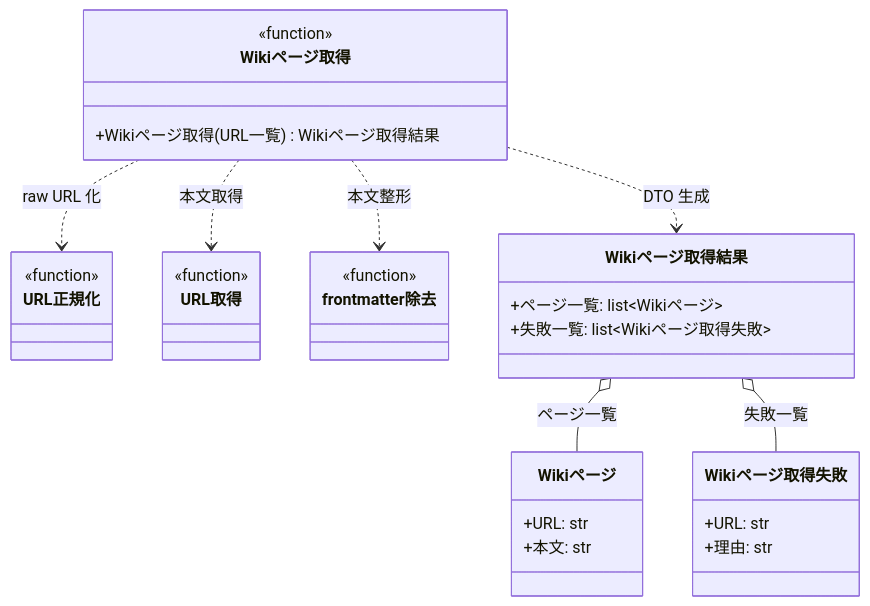
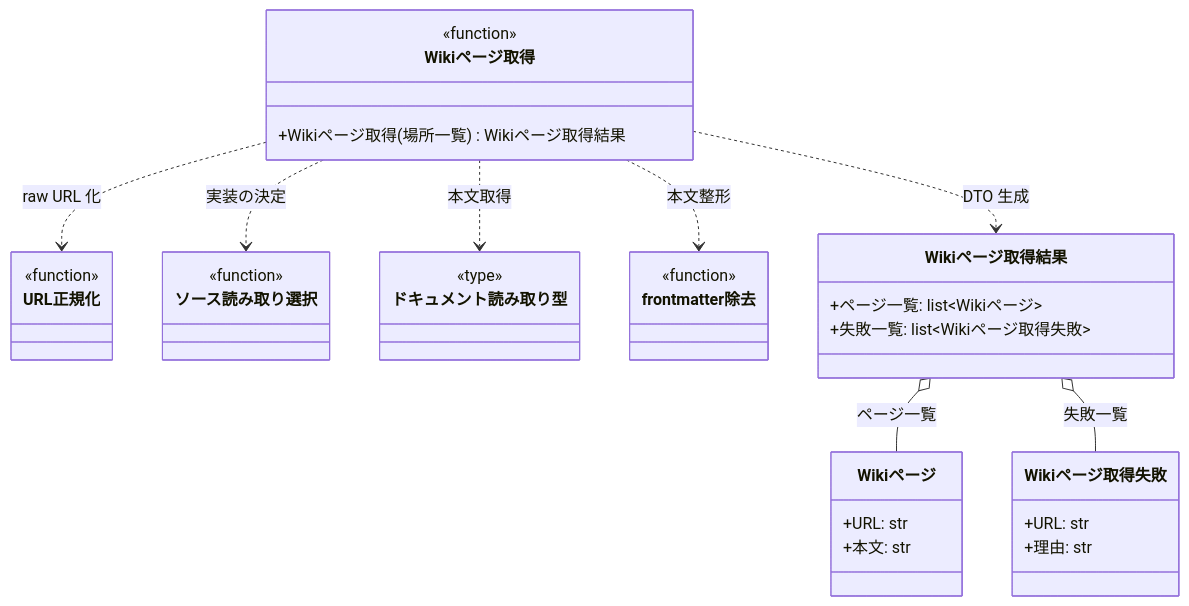
One commit to shuhei1101/ai-monitor changed the diagram in docs/wiki/設計図/モジュール構成/MCP/Wiki参照.py.md. Above: the diagram before and after it, drawn with Mermaid. The commit also changed other lines of this file and 18 other files, not shown here.

````diff
--- a/docs/wiki/設計図/モジュール構成/MCP/Wiki参照.py.md
+++ b/docs/wiki/設計図/モジュール構成/MCP/Wiki参照.py.md
@@ -34,43 +35,48 @@
 ```mermaid
 classDiagram
   Wikiページ取得 ..> URL正規化 : raw URL 化
-  Wikiページ取得 ..> URL取得 : 本文取得
+  Wikiページ取得 ..> ソース読み取り選択 : 実装の決定
+  Wikiページ取得 ..> ドキュメント読み取り型 : 本文取得
   Wikiページ取得 ..> frontmatter除去 : 本文整形
   Wikiページ取得 ..> Wikiページ取得結果 : DTO 生成
   Wikiページ取得結果 o-- Wikiページ : ページ一覧
   Wikiページ取得結果 o-- Wikiページ取得失敗 : 失敗一覧
 
   class Wikiページ取得 {
     <<function>>
-    +Wikiページ取得(URL一覧) Wikiページ取得結果
+    +Wikiページ取得(場所一覧) Wikiページ取得結果
   }
   class URL正規化 {
     <<function>>
   }
   class frontmatter除去 {
     <<function>>
   }
-  class URL取得 {
+  class ソース読み取り選択 {
     <<function>>
+  }
+  class ドキュメント読み取り型 {
+    <<type>>
   }
   class Wikiページ取得結果 {
     +ページ一覧: list~Wikiページ~
     +失敗一覧: list~Wikiページ取得失敗~
   }
   class Wikiページ {
     +URL: str
     +本文: str
   }
   class Wikiページ取得失敗 {
     +URL: str
     +理由: str
   }
 
   click Wikiページ取得 href "#wikiページ取得"
   click URL正規化 href "../注入/URLドキュメント.py.md#url-正規化"
   click frontmatter除去 href "../注入/URLドキュメント.py.md#front-matter-除去"
-  click URL取得 href "../注入/URLドキュメント.py.md#url-取得"
+  click ソース読み取り選択 href "../注入/URLドキュメント.py.md#ソース読み取り選択"
+  click ドキュメント読み取り型 href "../注入/URLドキュメント.py.md#ドキュメント読み取り型"
   click Wikiページ取得結果 href "#wikiページ取得結果"
   click Wikiページ href "#wikiページ"
   click Wikiページ取得失敗 href "#wikiページ取得失敗"
 ```
````
